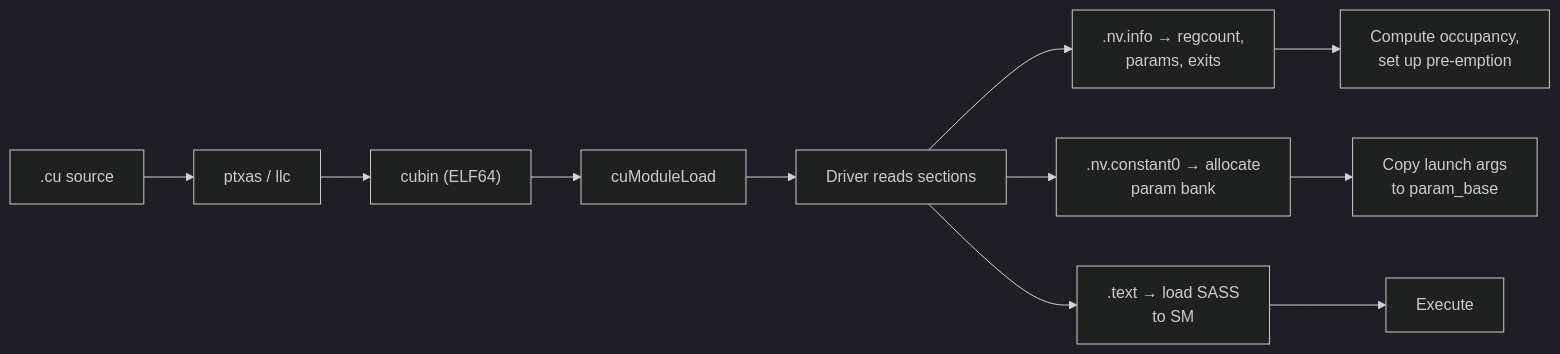
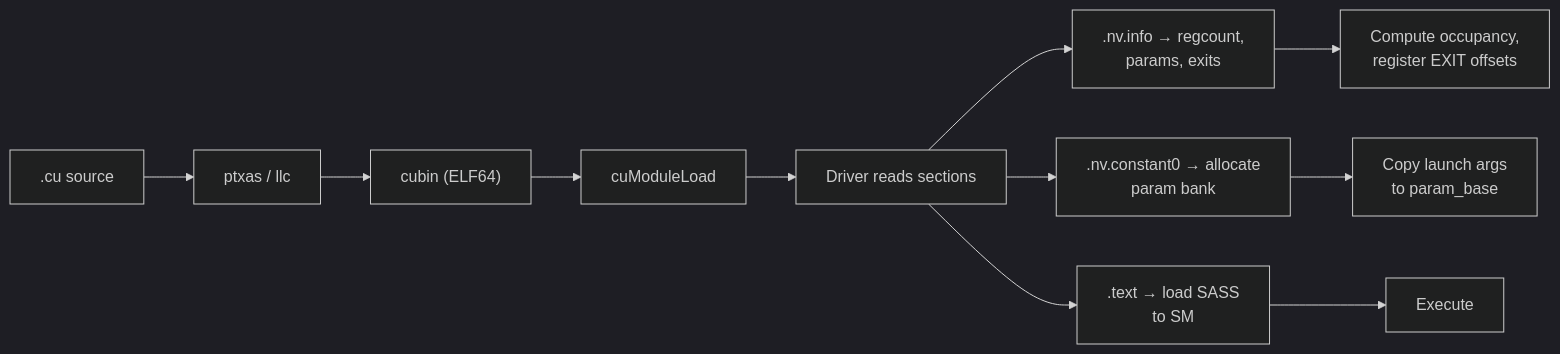
One commit to hiraditya/hiraditya.github.io changed the diagram in _posts/2026-07-15-anatomy-of-a-cuda-binary.md. Above: the diagram before and after it, drawn with Mermaid (dark theme). The commit also changed other lines of this file, not shown here.

````diff
--- a/_posts/2026-07-15-anatomy-of-a-cuda-binary.md
+++ b/_posts/2026-07-15-anatomy-of-a-cuda-binary.md
@@ -230,13 +232,13 @@
 ```mermaid
 flowchart LR
     A[".cu source"] --> B["ptxas / llc"]
     B --> C["cubin (ELF64)"]
     C --> D["cuModuleLoad"]
     D --> E["Driver reads sections"]
     E --> F[".nv.info → regcount,<br/>params, exits"]
     E --> G[".nv.constant0 → allocate<br/>param bank"]
     E --> H[".text → load SASS<br/>to SM"]
-    F --> I["Compute occupancy,<br/>set up pre-emption"]
+    F --> I["Compute occupancy,<br/>register EXIT offsets"]
     G --> J["Copy launch args<br/>to param_base"]
     H --> K["Execute"]
 ```
````
